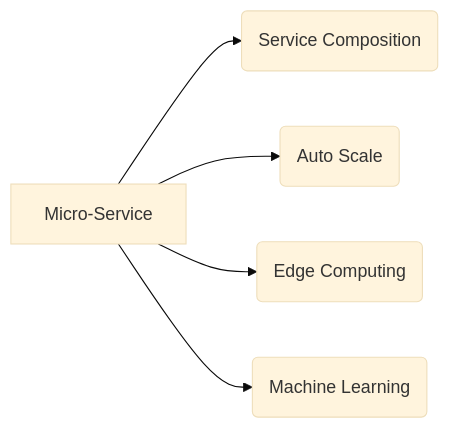
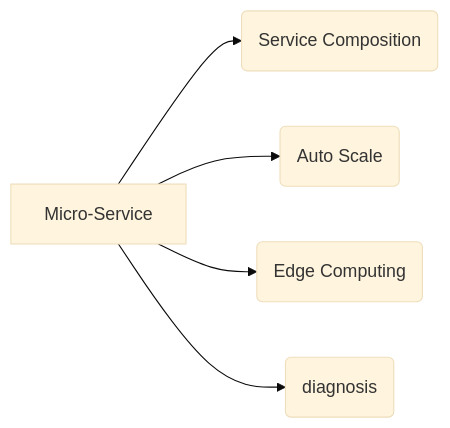
Before and after one commit to GuodongFan/GuodongFan.github.io: the diagram in _posts/2019-08-20-Plan.md, drawn with Mermaid (base theme). The commit also changed 2 other files, not shown here.

````diff
--- a/_posts/2019-08-20-Plan.md
+++ b/_posts/2019-08-20-Plan.md
@@ -8,9 +8,8 @@
 ```mermaid
 graph LR
 
 A[Micro-Service] --> B(Service Composition)
 A --> C(Auto Scale)
 A --> D(Edge Computing)
-A --> E(Machine Learning)
-
+A --> E(diagnosis)
 ```
````
